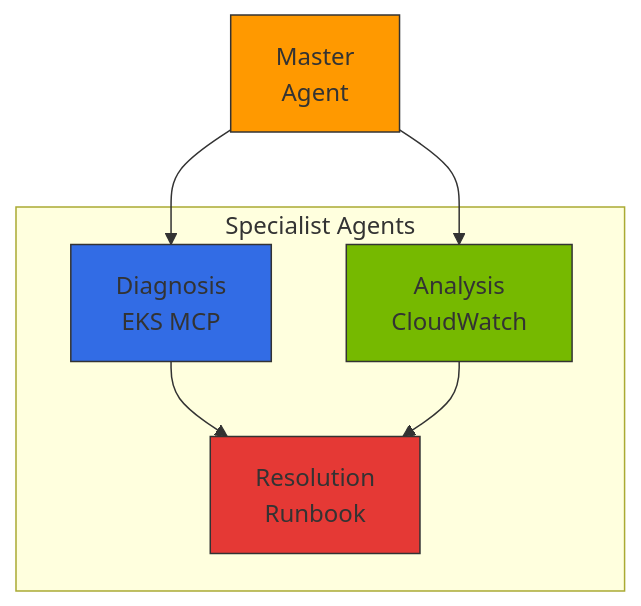
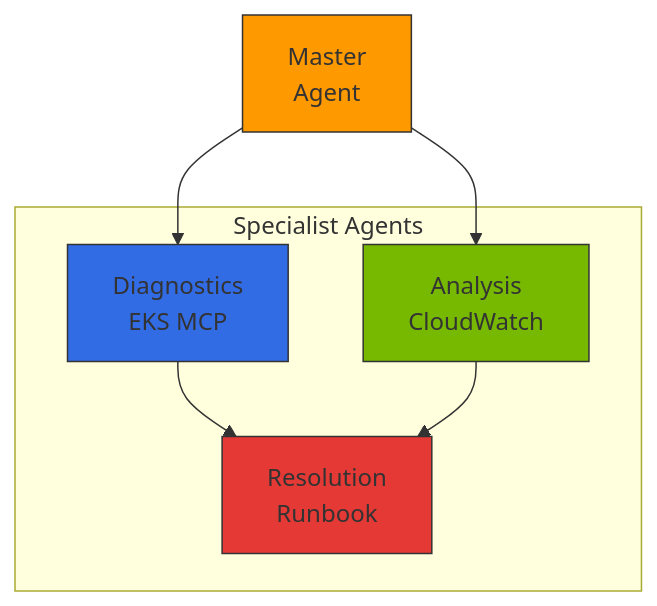
The fifth of 5 diagrams in i18n/en/docusaurus-plugin-content-docs/current/agentic-ai-platform/design-architecture/aws-native-agentic-platform.md (devfloor9/engineering-playbook), drawn with Mermaid before and after one commit. The commit also changed other lines of this file and 95 other files, not shown here.

````diff
--- a/i18n/en/docusaurus-plugin-content-docs/current/agentic-ai-platform/design-architecture/aws-native-agentic-platform.md
+++ b/i18n/en/docusaurus-plugin-content-docs/current/agentic-ai-platform/design-architecture/aws-native-agentic-platform.md
@@ -649,19 +513,19 @@
 ```mermaid
 flowchart TB
     M[Master<br/>Agent]
 
     subgraph SPEC["Specialist Agents"]
-        D[Diagnosis<br/>EKS MCP]
+        D[Diagnostics<br/>EKS MCP]
         A[Analysis<br/>CloudWatch]
         R[Resolution<br/>Runbook]
     end
 
     M --> D & A
     D --> R
     A --> R
 
     style M fill:#ff9900,stroke:#333
     style D fill:#326ce5,stroke:#333
     style A fill:#76b900,stroke:#333
     style R fill:#e53935,stroke:#333
 ```
````
